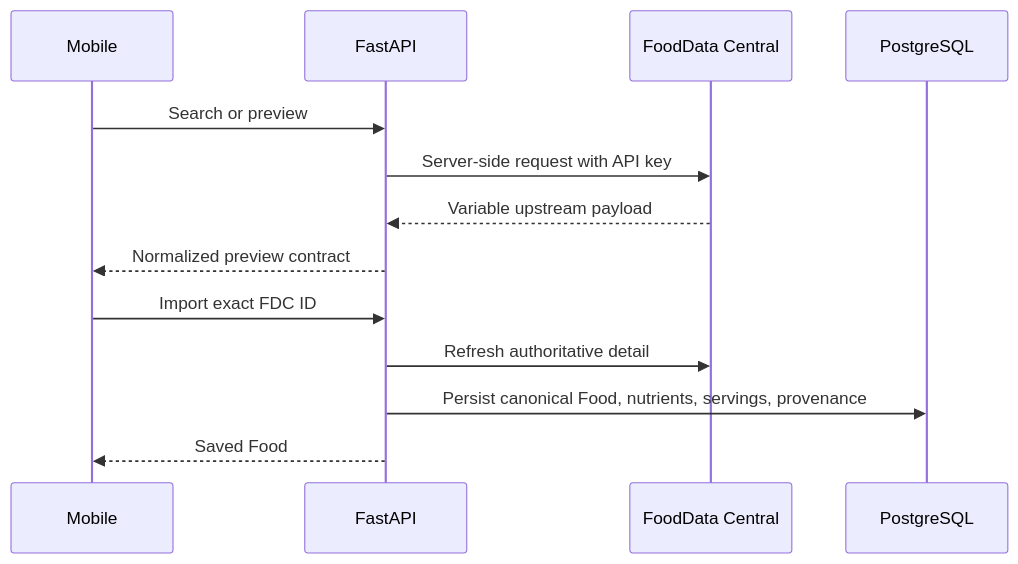
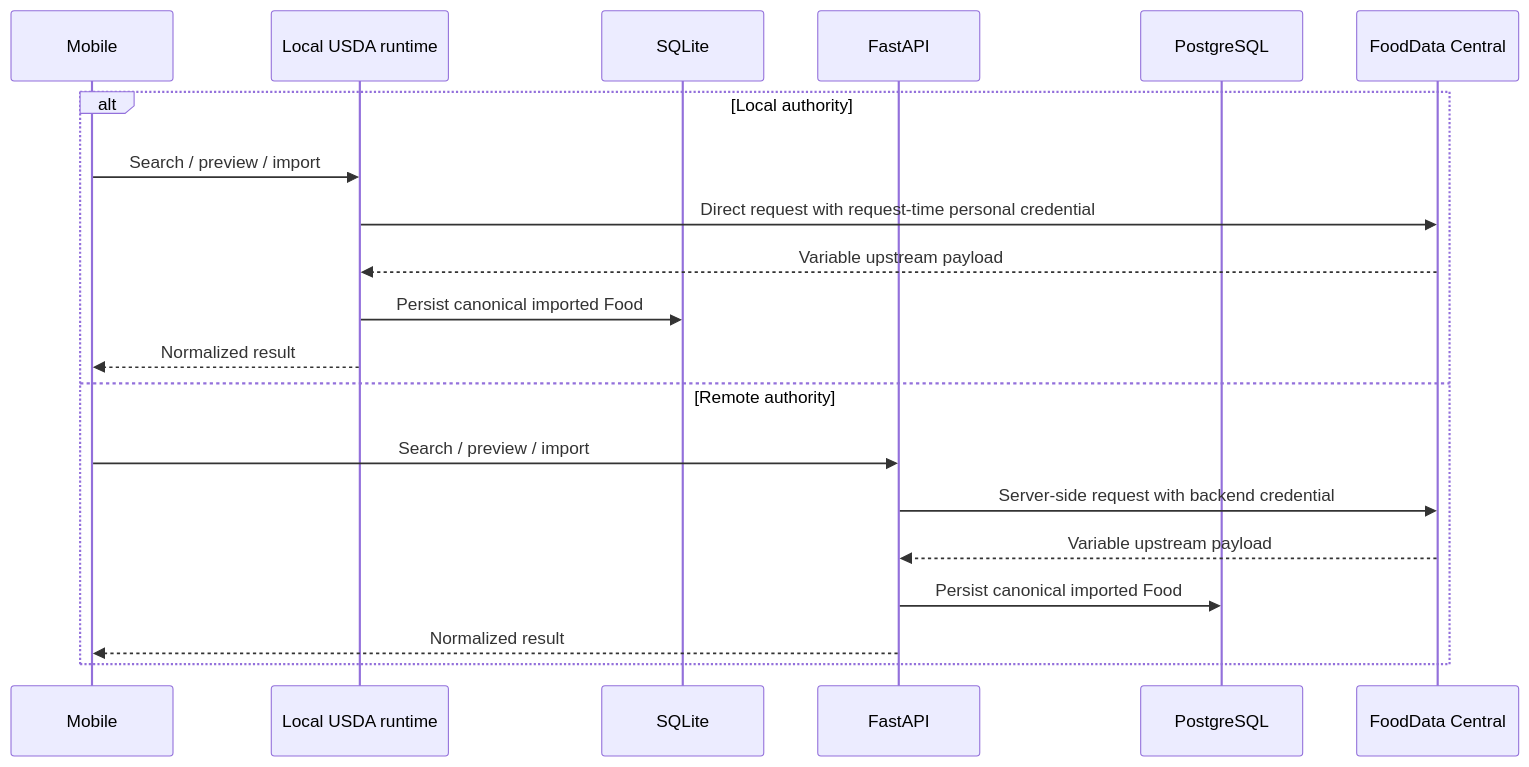
One commit to MitCaine/Nutrition-App changed the second of 2 diagrams in docs/features/foods-and-nutrition.md. Above: the diagram before and after it, drawn with Mermaid. The commit also changed other lines of this file and 13 other files, not shown here.

````diff
--- a/docs/features/foods-and-nutrition.md
+++ b/docs/features/foods-and-nutrition.md
@@ -86,16 +87,23 @@
 ```mermaid
 sequenceDiagram
     participant Mobile
+    participant Local as Local USDA runtime
+    participant SQLite
     participant API as FastAPI
+    participant DB as PostgreSQL
     participant USDA as FoodData Central
-    participant DB as PostgreSQL
 
-    Mobile->>API: Search or preview
-    API->>USDA: Server-side request with API key
-    USDA-->>API: Variable upstream payload
-    API-->>Mobile: Normalized preview contract
-    Mobile->>API: Import exact FDC ID
-    API->>USDA: Refresh authoritative detail
-    API->>DB: Persist canonical Food, nutrients, servings, provenance
-    API-->>Mobile: Saved Food
+    alt Local authority
+        Mobile->>Local: Search / preview / import
+        Local->>USDA: Direct request with request-time personal credential
+        USDA-->>Local: Variable upstream payload
+        Local->>SQLite: Persist canonical imported Food
+        Local-->>Mobile: Normalized result
+    else Remote authority
+        Mobile->>API: Search / preview / import
+        API->>USDA: Server-side request with backend credential
+        USDA-->>API: Variable upstream payload
+        API->>DB: Persist canonical imported Food
+        API-->>Mobile: Normalized result
+    end
 ```
````
